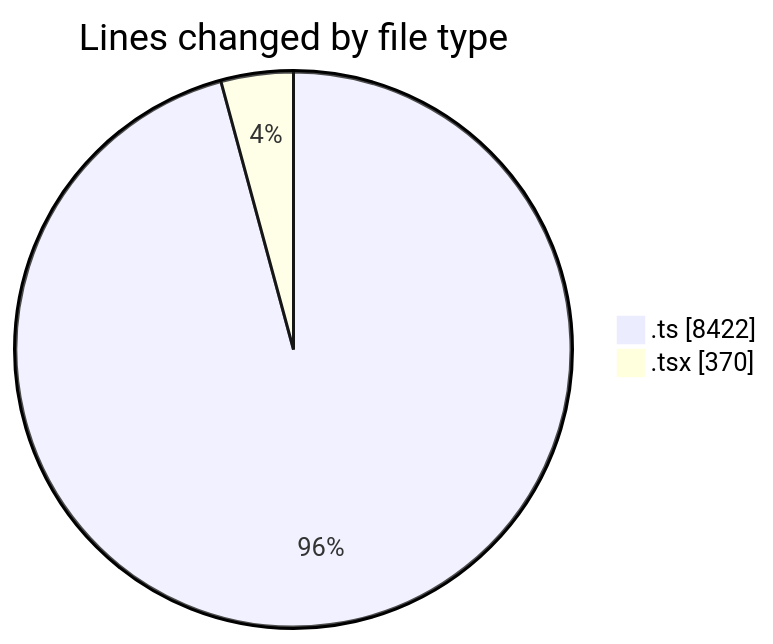
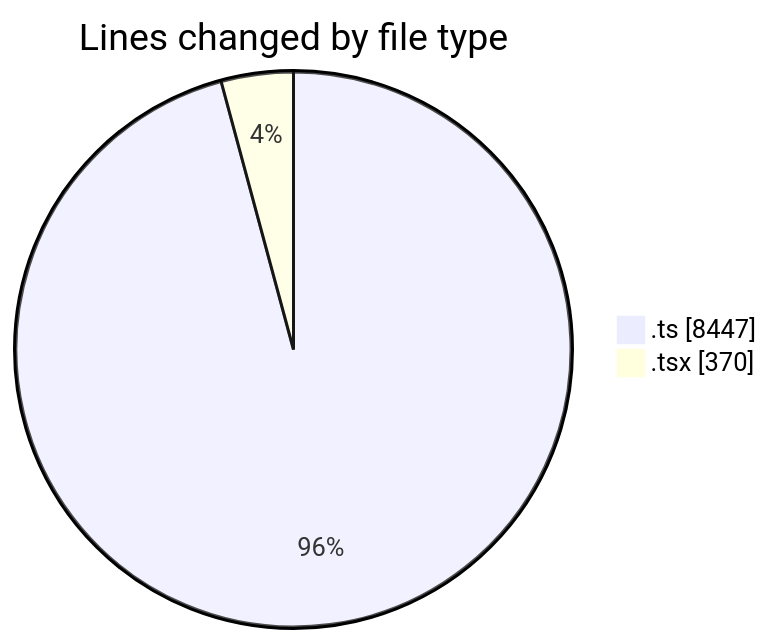
The first of 2 diagrams in 2025-07-14/cda/README.md (momahboobian/code-tracking), drawn with Mermaid before and after one commit. The commit also changed other lines of this file and 1 other file, not shown here.

````diff
--- a/2025-07-14/cda/README.md
+++ b/2025-07-14/cda/README.md
@@ -25,6 +25,6 @@
 ```mermaid
 pie showData
 title Lines changed by file type
-".ts" : 8422
+".ts" : 8447
 ".tsx" : 370
 ```
````
